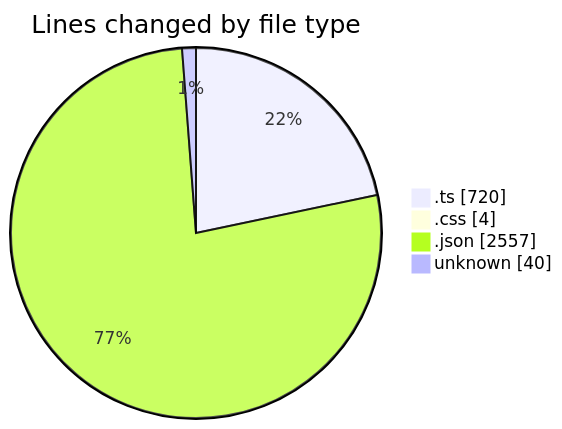
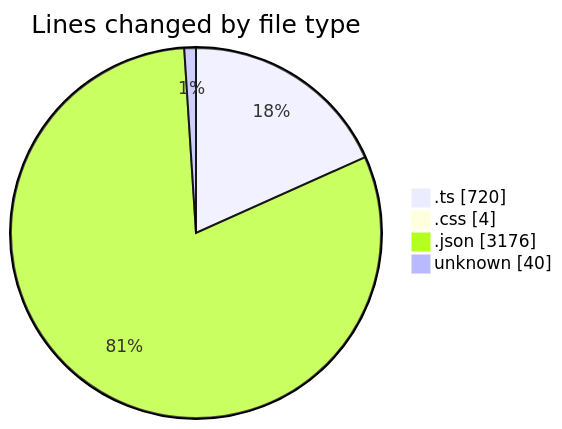
One commit to EIIisD/code-tracking changed the first of 2 diagrams in 2025-07-13/tampermonkey/README.md. Above: the diagram before and after it, drawn with Mermaid. The commit also changed other lines of this file and 1 other file, not shown here.

````diff
--- a/2025-07-13/tampermonkey/README.md
+++ b/2025-07-13/tampermonkey/README.md
@@ -33,8 +33,8 @@
 ```mermaid
 pie showData
 title Lines changed by file type
 ".ts" : 720
 ".css" : 4
-".json" : 2557
+".json" : 3176
 "unknown" : 40
 ```
````
